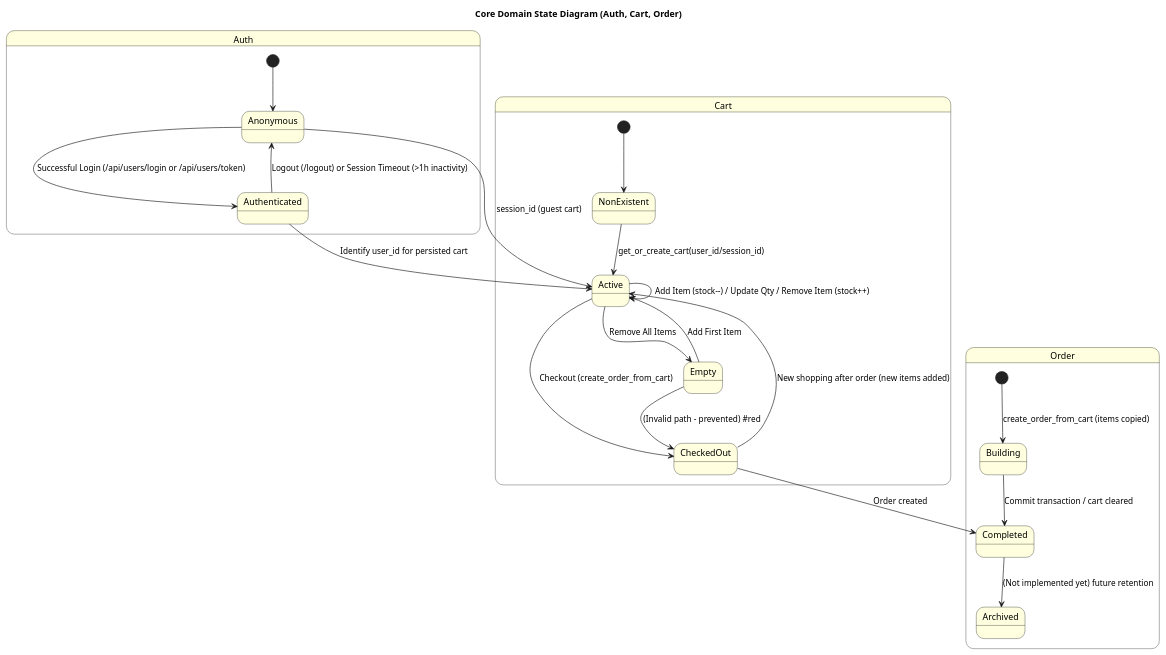
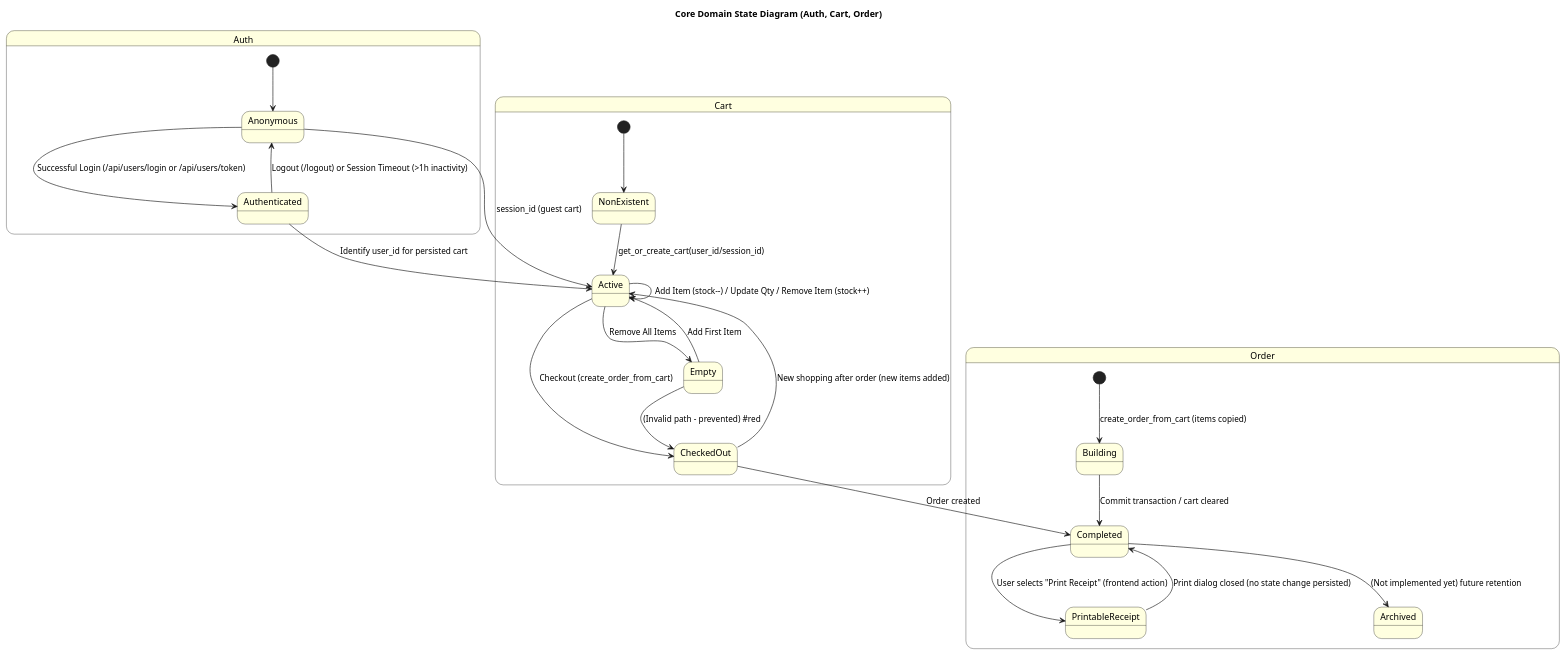
One commit to KhoaNguyen01004/QuanLyBanHang changed the diagram in Diagrams/State.puml. Above: the diagram before and after it, drawn with PlantUML. The commit also changed 2 other files, not shown here.

```diff
--- a/Diagrams/State.puml
+++ b/Diagrams/State.puml
@@ -1,40 +1,42 @@
 @startuml
 title Core Domain State Diagram (Auth, Cart, Order)
 
 skinparam state {
   BackgroundColor LightYellow
   BorderColor Black
   FontColor Black
 }
 
 ' Authentication states
 state Auth {
   [*] --> Anonymous
   Anonymous --> Authenticated : Successful Login (/api/users/login or /api/users/token)
   Authenticated --> Anonymous : Logout (/logout) or Session Timeout (>1h inactivity)
 }
 
 ' Cart lifecycle (guest or user bound)
 state Cart {
   [*] --> NonExistent
   NonExistent --> Active : get_or_create_cart(user_id/session_id)
   Active --> Active : Add Item (stock--) / Update Qty / Remove Item (stock++)
   Active --> Empty : Remove All Items
   Empty --> Active : Add First Item
   Active --> CheckedOut : Checkout (create_order_from_cart)
   Empty --> CheckedOut : (Invalid path - prevented) #red
   CheckedOut --> Active : New shopping after order (new items added)
 }
 
 state Order {
   [*] --> Building : create_order_from_cart (items copied)
   Building --> Completed : Commit transaction / cart cleared
+  Completed --> PrintableReceipt : User selects "Print Receipt" (frontend action)
+  PrintableReceipt --> Completed : Print dialog closed (no state change persisted)
   Completed --> Archived : (Not implemented yet) future retention
 }
 
 ' Relations
 Auth.Authenticated --> Cart.Active : Identify user_id for persisted cart
 Auth.Anonymous --> Cart.Active : session_id (guest cart)
 Cart.CheckedOut --> Order.Completed : Order created
 
 @enduml
```
